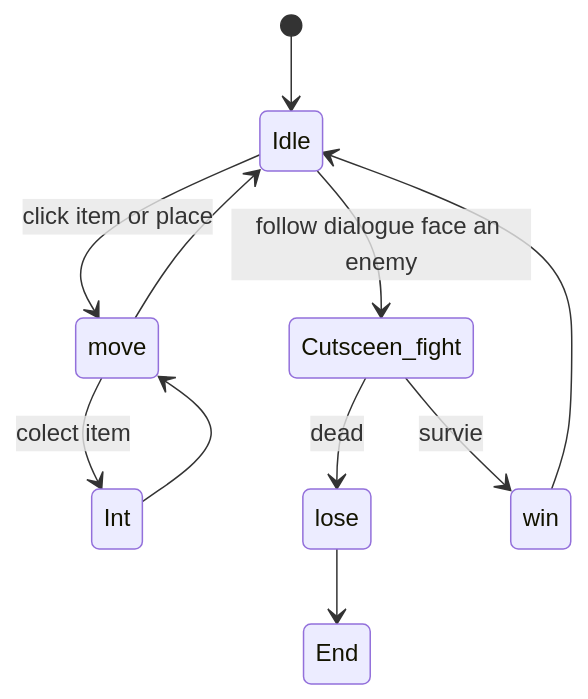
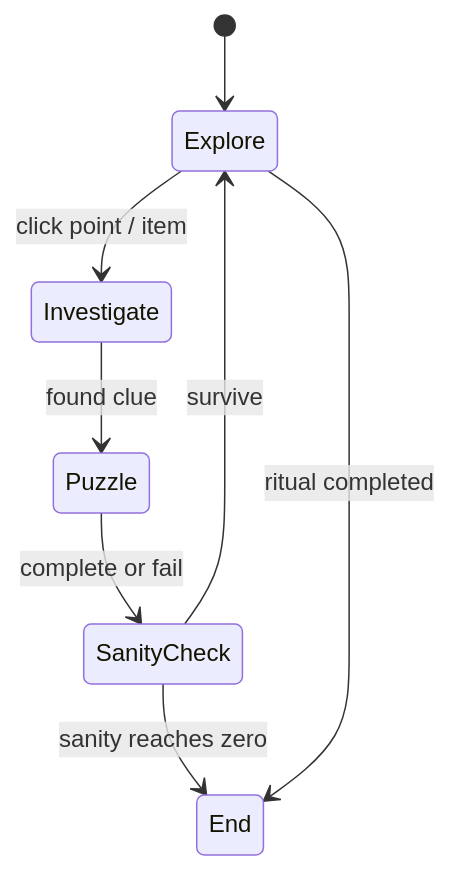
Before and after one commit to thanapoom697-maker/New-folder-Dg225-682110117: the diagram in [project-Don_tbeacund]-Prt_Proj-A/Docs/gdd/03-mechanics.md, drawn with Mermaid. The commit also changed other lines of this file and 8 other files, not shown here.

````diff
--- a/[project-Don_tbeacund]-Prt_Proj-A/Docs/gdd/03-mechanics.md
+++ b/[project-Don_tbeacund]-Prt_Proj-A/Docs/gdd/03-mechanics.md
@@ -10,23 +10,10 @@
 ```mermaid
 stateDiagram-v2
-    [*] --> Idle
-    Idle --> move : click item or place
-    move --> Int : colect item
-Int --> move
-move --> Idle
-  Idle --> Cutsceen_fight: follow dialogue face an enemy
- Cutsceen_fight --> lose: dead
-  Cutsceen_fight --> win: survie
-win --> Idle
- lose --> End
-
-
-
-
-   
- 
-
-  
-  
-   
+    [*] --> Explore
+    Explore --> Investigate : click point / item
+    Investigate --> Puzzle : found clue
+    Puzzle --> SanityCheck : complete or fail
+    SanityCheck --> Explore : survive
+    SanityCheck --> End : sanity reaches zero
+    Explore --> End : ritual completed
 ```
````
